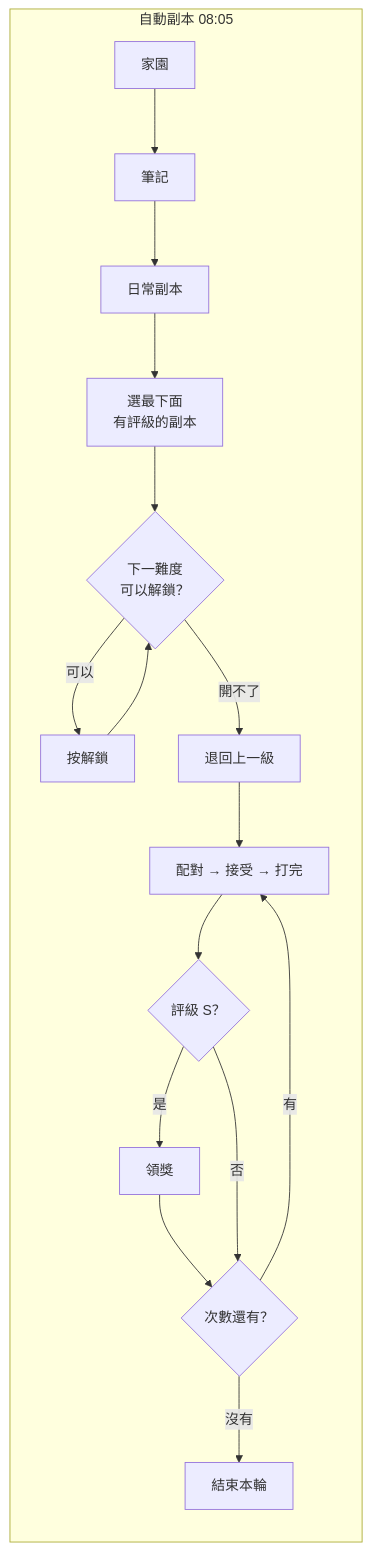
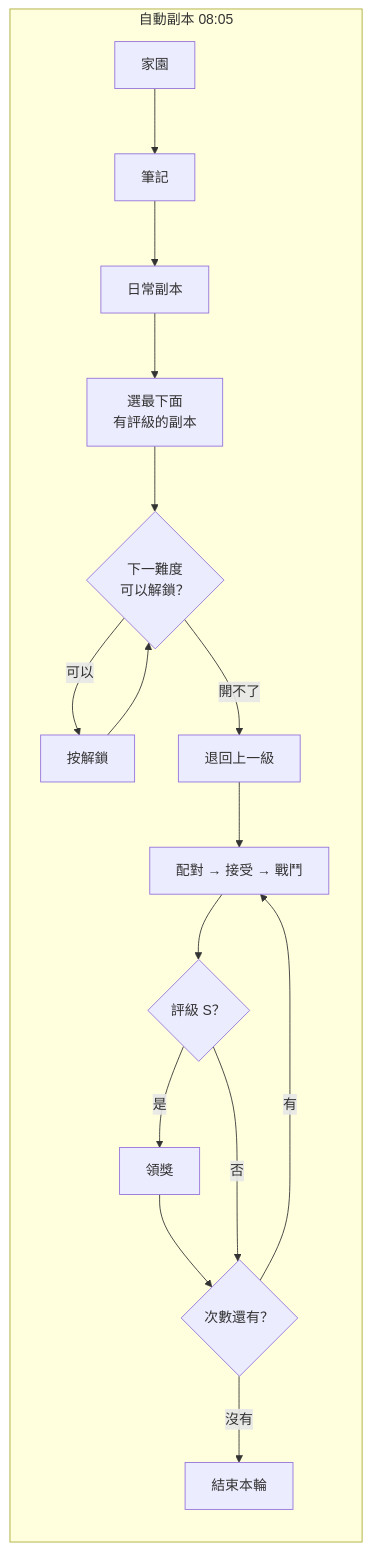
One commit to LaiYueTing/scepter-and-sword-assistant changed the third of 5 diagrams in README.md. Above: the diagram before and after it, drawn with Mermaid. The commit also changed other lines of this file and 103 other files, not shown here.

````diff
--- a/README.md
+++ b/README.md
@@ -94,16 +94,16 @@
 ```mermaid
 flowchart LR
     subgraph D[自動副本 08:05]
         D1[家園] --> D2[筆記] --> D3[日常副本]
         D3 --> D4[選最下面<br/>有評級的副本]
         D4 --> D5{下一難度<br/>可以解鎖？}
         D5 -->|可以| D6[按解鎖] --> D5
         D5 -->|開不了| D7[退回上一級]
-        D7 --> D8[配對 → 接受 → 打完]
+        D7 --> D8[配對 → 接受 → 戰鬥]
         D8 --> D9{評級 S？}
         D9 -->|是| D10[領獎] --> D11{次數還有？}
         D9 -->|否| D11
         D11 -->|有| D8
         D11 -->|沒有| D12[結束本輪]
     end
 ```
````
